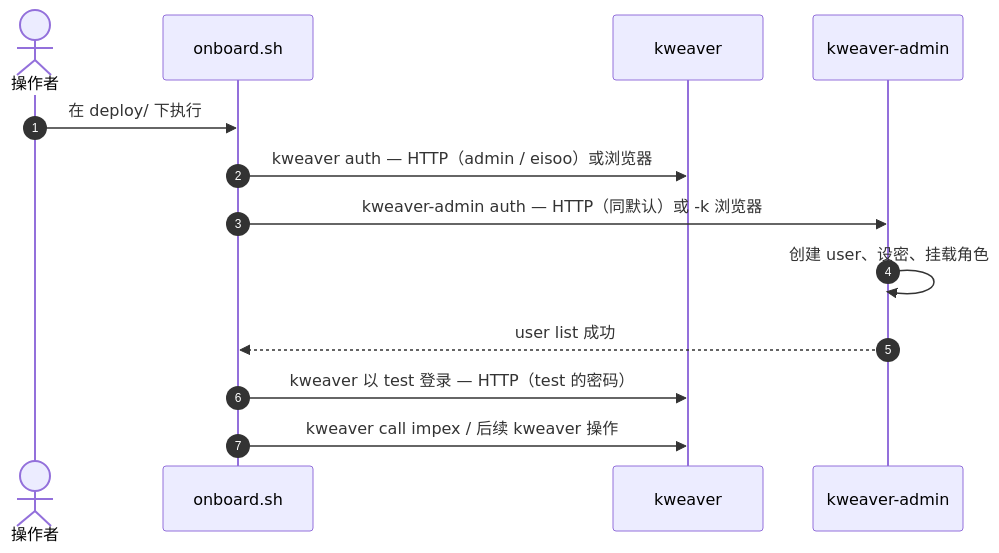
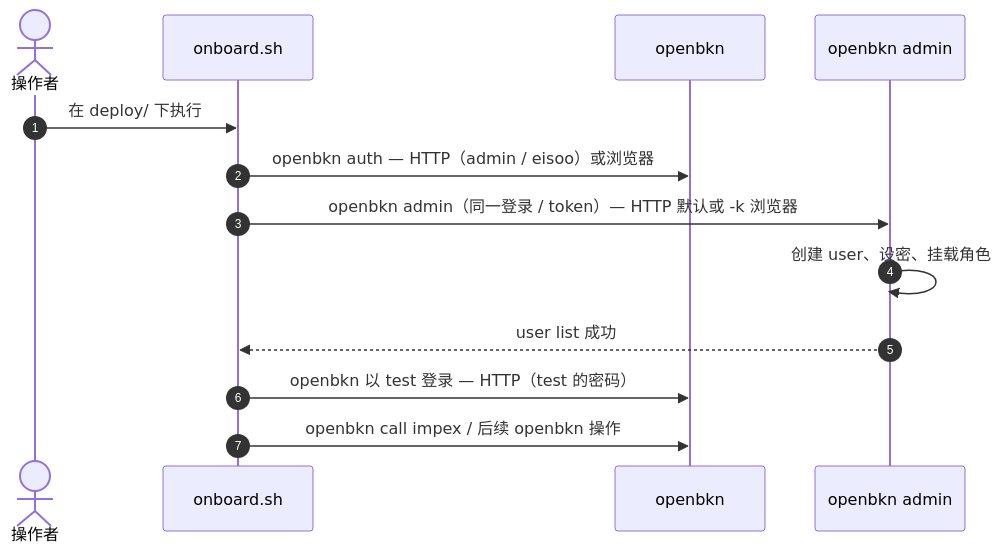
The third of 3 diagrams in help/zh/install.md (openbkn-ai/bkn-foundry), drawn with Mermaid before and after one commit. The commit also changed other lines of this file and 29 other files, not shown here.

````diff
--- a/help/zh/install.md
+++ b/help/zh/install.md
@@ -332,15 +332,15 @@
 ```mermaid
 sequenceDiagram
   autonumber
   actor U as 操作者
   participant O as onboard.sh
-  participant K as kweaver
-  participant A as kweaver-admin
+  participant K as openbkn
+  participant A as openbkn admin
   U->>O: 在 deploy/ 下执行
-  O->>K: kweaver auth — HTTP（admin / eisoo）或浏览器
-  O->>A: kweaver-admin auth — HTTP（同默认）或 -k 浏览器
+  O->>K: openbkn auth — HTTP（admin / eisoo）或浏览器
+  O->>A: openbkn admin（同一登录 / token）— HTTP 默认或 -k 浏览器
   A->>A: 创建 user、设密、挂载角色
   A-->>O: user list 成功
-  O->>K: kweaver 以 test 登录 — HTTP（test 的密码）
-  O->>K: kweaver call impex / 后续 kweaver 操作
+  O->>K: openbkn 以 test 登录 — HTTP（test 的密码）
+  O->>K: openbkn call impex / 后续 openbkn 操作
 ```
````
